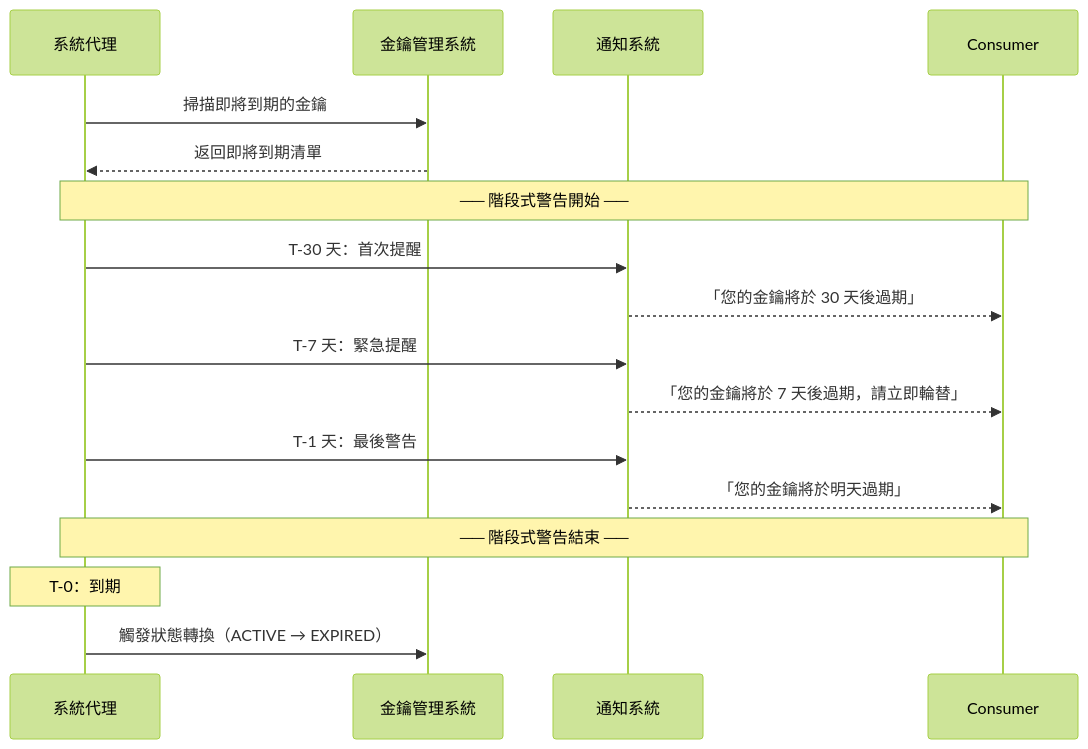
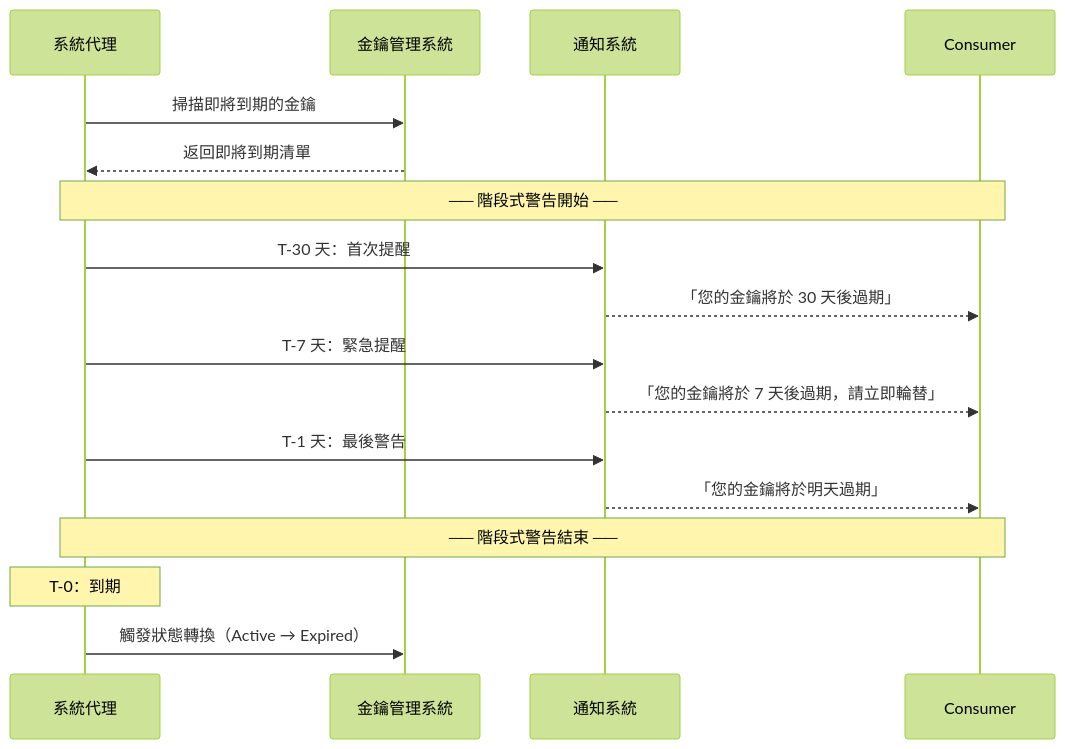
One commit to jame2408/api-protection changed the tenth of 17 diagrams in docs/design/design-doc.md. Above: the diagram before and after it, drawn with Mermaid (forest theme). The commit also changed other lines of this file and 28 other files, not shown here.

````diff
--- a/docs/design/design-doc.md
+++ b/docs/design/design-doc.md
@@ -858,22 +858,22 @@
 ```mermaid
 sequenceDiagram
     participant Agent as 系統代理
     participant KM as 金鑰管理系統
     participant NT as 通知系統
     participant C as Consumer
 
     Agent->>KM: 掃描即將到期的金鑰
     KM-->>Agent: 返回即將到期清單
 
     Note over Agent,C: ── 階段式警告開始 ──
     Agent->>NT: T-30 天：首次提醒
     NT-->>C: 「您的金鑰將於 30 天後過期」
     Agent->>NT: T-7 天：緊急提醒
     NT-->>C: 「您的金鑰將於 7 天後過期，請立即輪替」
     Agent->>NT: T-1 天：最後警告
     NT-->>C: 「您的金鑰將於明天過期」
     Note over Agent,C: ── 階段式警告結束 ──
 
     Note over Agent: T-0：到期
-    Agent->>KM: 觸發狀態轉換（ACTIVE → EXPIRED）
+    Agent->>KM: 觸發狀態轉換（Active → Expired）
 ```
````
